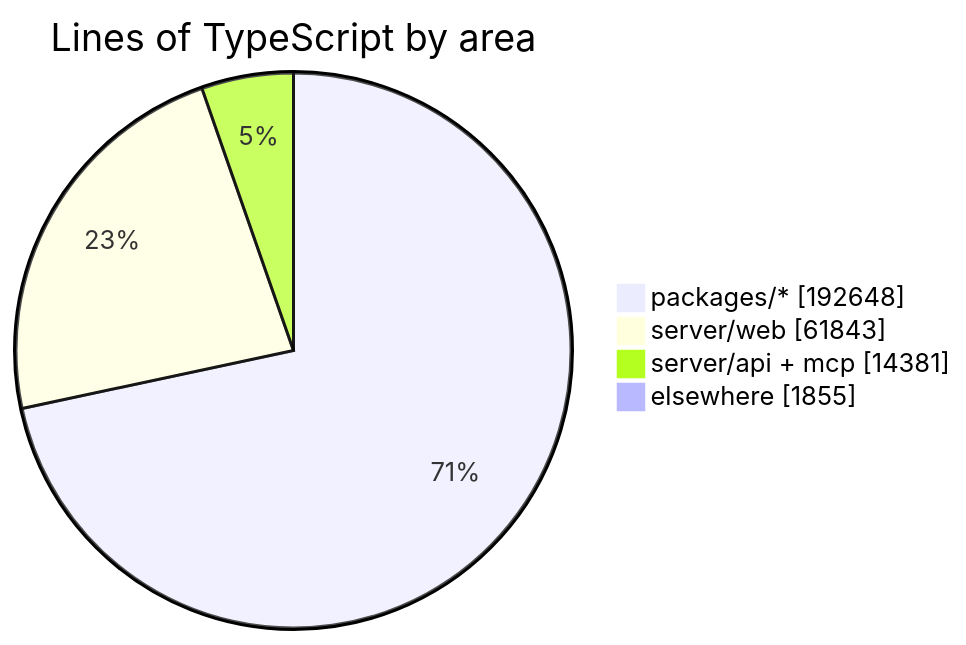
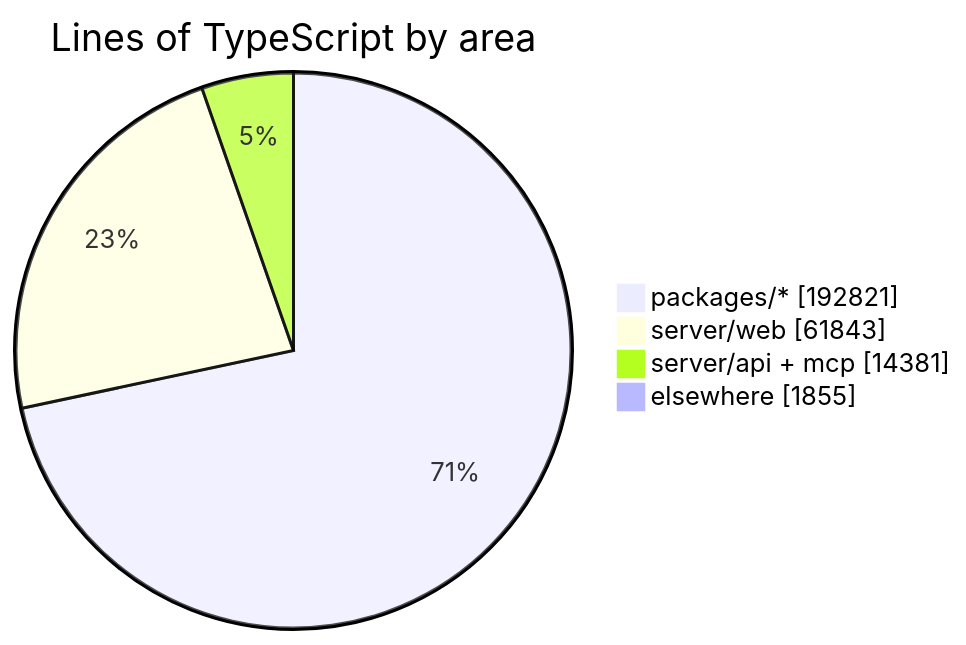
Before and after one commit to crossworks-engineering/mantle: the diagram in README.md, drawn with Mermaid. The commit also changed other lines of this file and 2 other files, not shown here.

````diff
--- a/README.md
+++ b/README.md
@@ -279,7 +279,7 @@
 ```mermaid
 pie showData title Lines of TypeScript by area
-    "packages/*" : 192648
+    "packages/*" : 192821
     "server/web" : 61843
     "server/api + mcp" : 14381
     "elsewhere" : 1855
 ```
````
